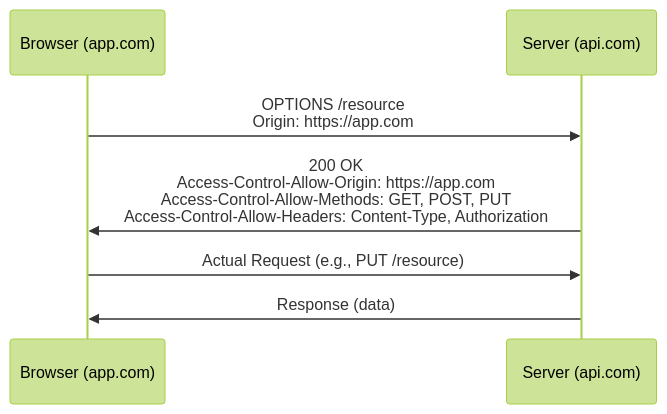
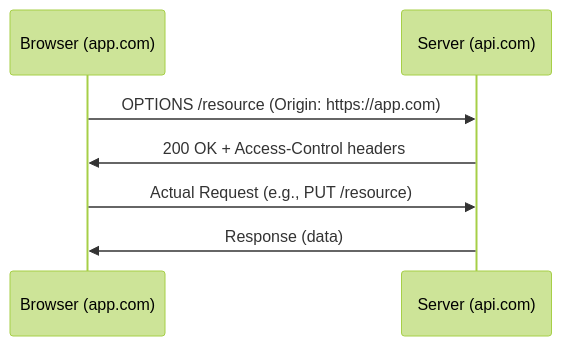
Before and after one commit to Charikshith/Learing_System_Design: the tenth of 11 diagrams in System_Design/5 - Web Concepts in System Design (System Design Fundamentals).md, drawn with Mermaid (forest theme). The commit also changed other lines of this file and 40 other files, not shown here.

````diff
--- a/System_Design/5 - Web Concepts in System Design (System Design Fundamentals).md
+++ b/System_Design/5 - Web Concepts in System Design (System Design Fundamentals).md
@@ -882,9 +866,9 @@
 ```mermaid
 sequenceDiagram
     participant B as Browser (app.com)
     participant S as Server (api.com)
-    B->>S: OPTIONS /resource <br> Origin: https://app.com
-    S->>B: 200 OK <br> Access-Control-Allow-Origin: https://app.com <br> Access-Control-Allow-Methods: GET, POST, PUT <br> Access-Control-Allow-Headers: Content-Type, Authorization
+    B->>S: OPTIONS /resource (Origin: https://app.com)
+    S->>B: 200 OK + Access-Control headers
     B->>S: Actual Request (e.g., PUT /resource)
     S->>B: Response (data)
 ```
````
